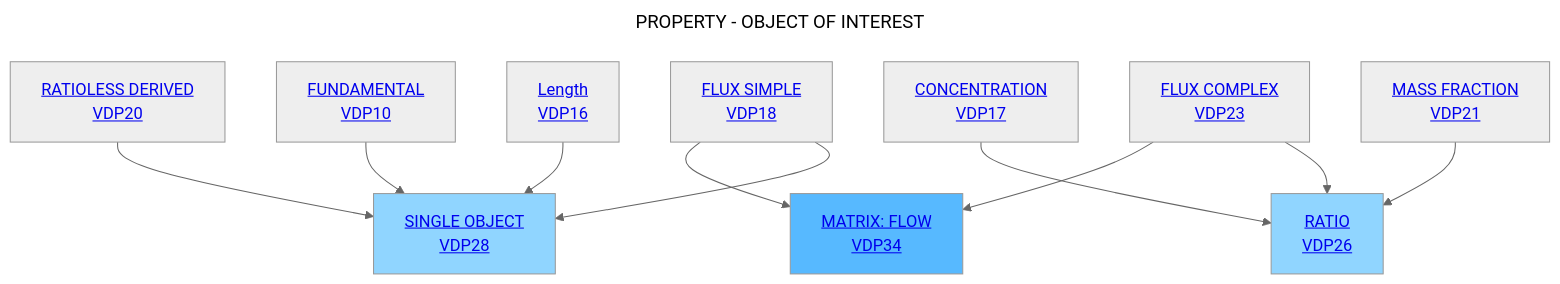
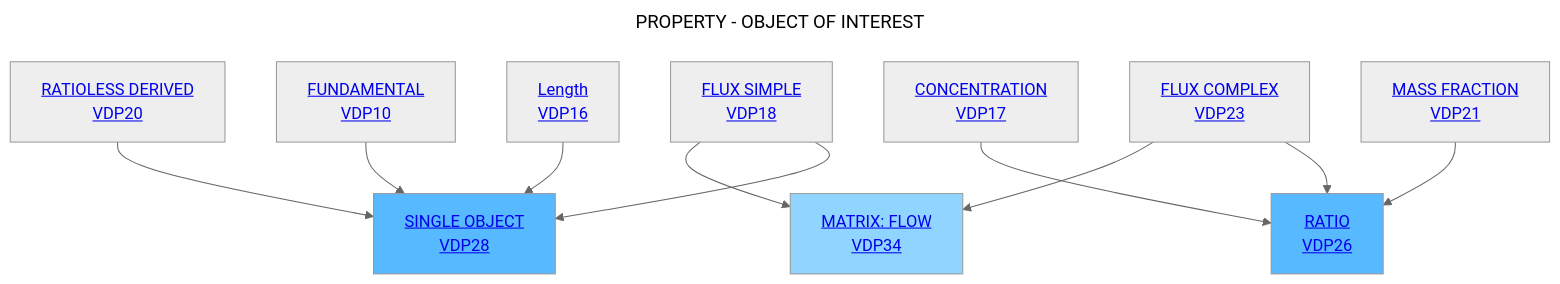
The diagram in Decisition_trees/DT6.mmd (mabablue/I-ADOPT-patterns-playground), drawn with Mermaid (neutral theme) before and after one commit.

```diff
--- a/Decisition_trees/DT6.mmd
+++ b/Decisition_trees/DT6.mmd
@@ -1,16 +1,16 @@
 ---
 title: PROPERTY - OBJECT OF INTEREST
 ---
 flowchart TD
-    A[<a href='https://github.com/mabablue/I-ADOPT-patterns-playground/blob/main/pattern/VDP16.yaml'>Length <br> VDP16</a>] --> C[<a href='https://github.com/mabablue/I-ADOPT-patterns-playground/blob/main/pattern/VDP28.yaml'>SINGLE OBJECT <br> VDP28</a>]:::blue
+    A[<a href='https://github.com/mabablue/I-ADOPT-patterns-playground/blob/main/pattern/VDP16.yaml'>Length <br> VDP16</a>] --> C[<a href='https://github.com/mabablue/I-ADOPT-patterns-playground/blob/main/pattern/VDP28.yaml'>SINGLE OBJECT <br> VDP28</a>]:::satblue
     B[<a href='https://github.com/mabablue/I-ADOPT-patterns-playground/blob/main/pattern/VDP10.yaml'>FUNDAMENTAL <br> VDP10</a>]  --> C
     D[<a href='https://github.com/mabablue/I-ADOPT-patterns-playground/blob/main/pattern/VDP20.yaml'>RATIOLESS DERIVED <br> VDP20</a>] --> C
-    L[<a href='https://github.com/mabablue/I-ADOPT-patterns-playground/blob/main/pattern/VDP21.yaml'>MASS FRACTION <br> VDP21</a>] --> F[<a href='https://github.com/mabablue/I-ADOPT-patterns-playground/blob/main/pattern/VDP26.yaml'>RATIO <br> VDP26</a>]:::blue
+    L[<a href='https://github.com/mabablue/I-ADOPT-patterns-playground/blob/main/pattern/VDP21.yaml'>MASS FRACTION <br> VDP21</a>] --> F[<a href='https://github.com/mabablue/I-ADOPT-patterns-playground/blob/main/pattern/VDP26.yaml'>RATIO <br> VDP26</a>]:::satblue
     M[<a href='https://github.com/mabablue/I-ADOPT-patterns-playground/blob/main/pattern/VDP17.yaml'>CONCENTRATION <br> VDP17</a>] --> F
     H[<a href='https://github.com/mabablue/I-ADOPT-patterns-playground/blob/main/pattern/VDP18.yaml'>FLUX SIMPLE <br> VDP18</a>] --> C
     I[<a href='https://github.com/mabablue/I-ADOPT-patterns-playground/blob/main/pattern/VDP23.yaml'>FLUX COMPLEX <br> VDP23</a>] --> F
-    H --> K[<a href='https://github.com/mabablue/I-ADOPT-patterns-playground/blob/main/pattern/VDP34.yaml'>MATRIX: FLOW <br> VDP34</a>]:::satblue
+    H --> K[<a href='https://github.com/mabablue/I-ADOPT-patterns-playground/blob/main/pattern/VDP34.yaml'>MATRIX: FLOW <br> VDP34</a>]:::blue
     I --> K
 
    classDef blue fill:#90D5FF
    classDef satblue fill:#57B9FF
```
